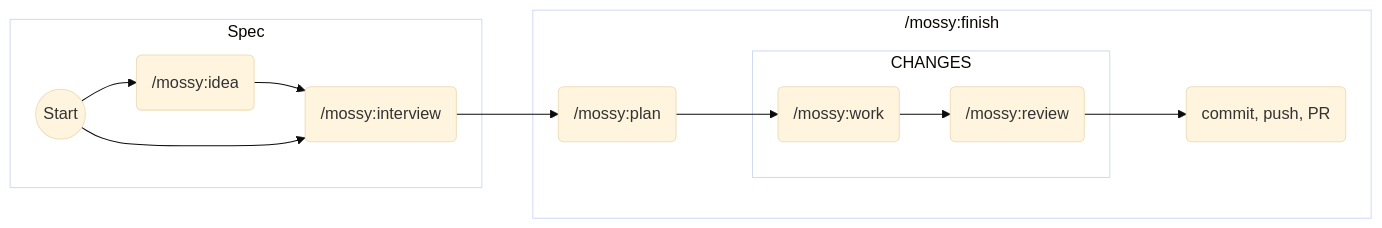
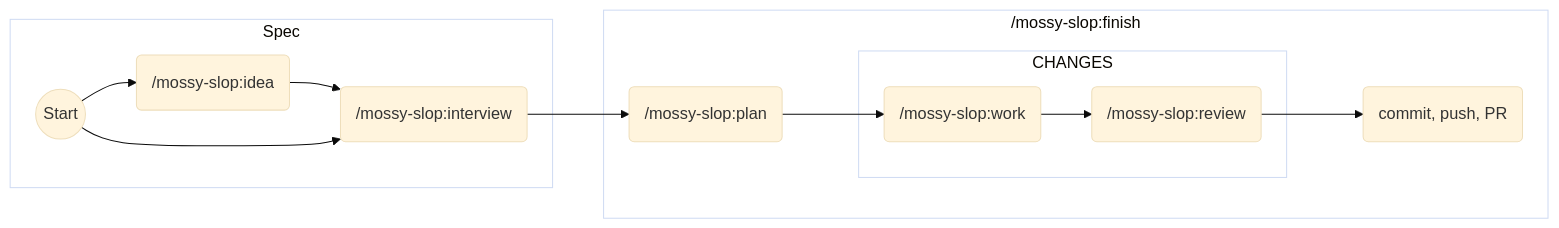
The diagram in README.md (MossySlackAI/mossy-slop), drawn with Mermaid (base theme) before and after one commit. The commit also changed other lines of this file and 21 other files, not shown here.

Commit message:
use /mossy-slop:<command> syntax

````diff
--- a/README.md
+++ b/README.md
@@ -31,31 +31,31 @@
 ```mermaid
 flowchart LR
     subgraph SPEC[Spec]
         START((Start)) -->
-        IDEA(/mossy:idea) -->
-        INTERVIEW(/mossy:interview)
+        IDEA(/mossy-slop:idea) -->
+        INTERVIEW(/mossy-slop:interview)
     end
 
-    subgraph FINISH[ /mossy:finish]
+    subgraph FINISH[ /mossy-slop:finish]
         style FINISH padding:40px
         subgraph PADDING1[" "]
             subgraph CHANGES
-                WORK(/mossy:work) -->
-                REVIEW(/mossy:review)
+                WORK(/mossy-slop:work) -->
+                REVIEW(/mossy-slop:review)
             end
         end
 
-        PLAN(/mossy:plan) -->
+        PLAN(/mossy-slop:plan) -->
         WORK
 
         REVIEW -->
         COMMIT(commit, push, PR)
     end
 
     START --> INTERVIEW --> PLAN
 
     class CHANGES,SPEC,FINISH sub
     classDef sub fill:none
     class PADDING1 padding
     classDef padding opacity:0
 ```
````
